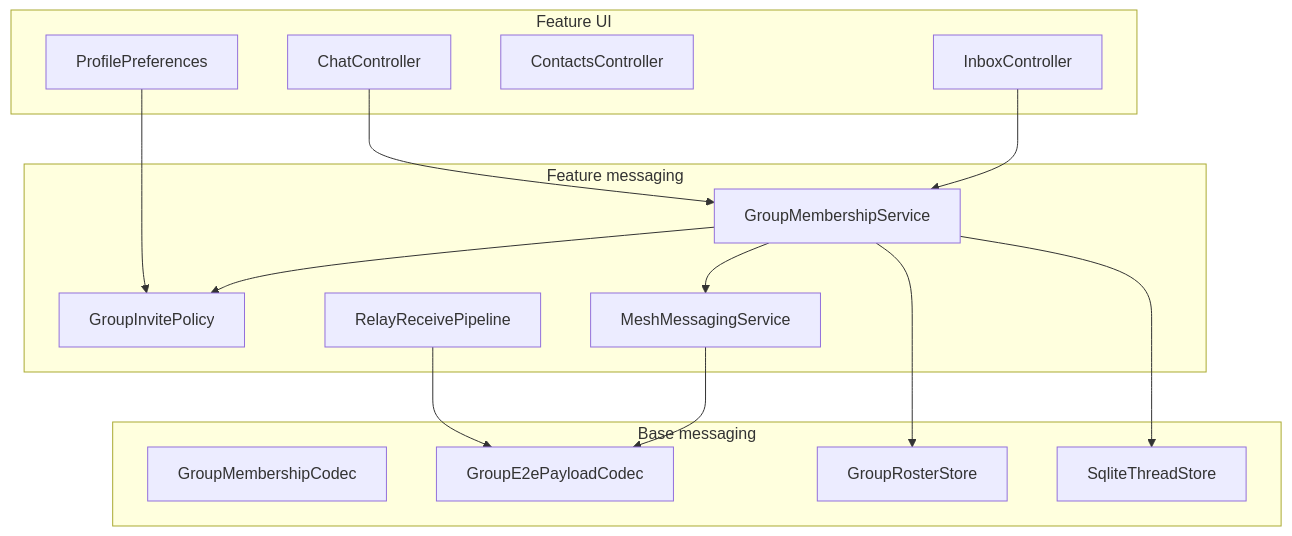
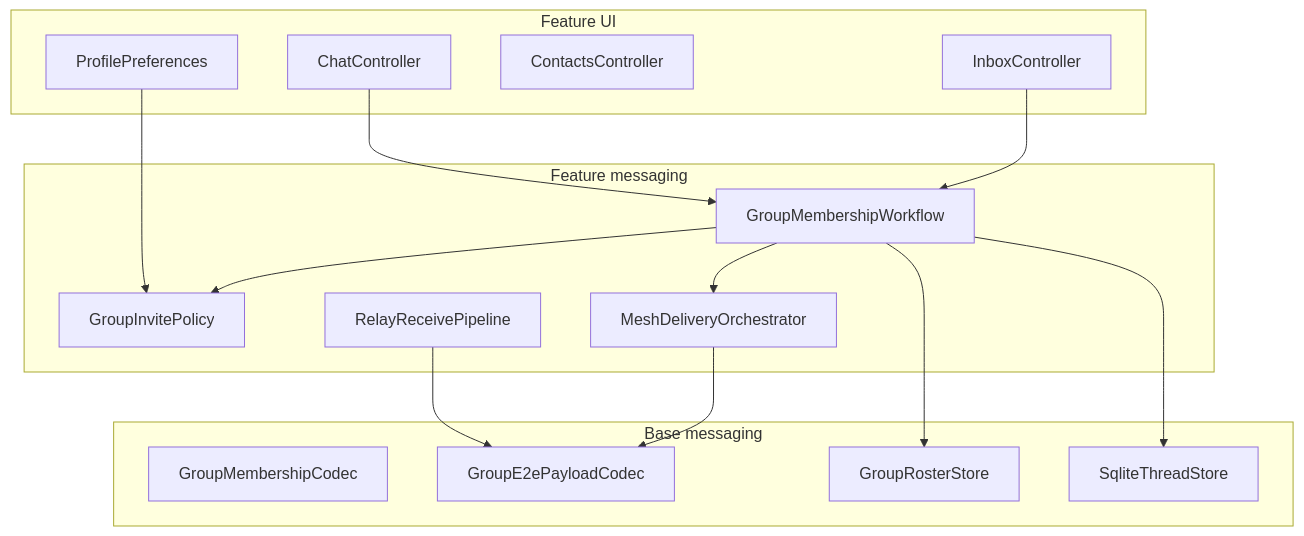
Before and after one commit to people-post/pp-browser: the diagram in projects/group-chat/DESIGN.md, drawn with Mermaid. The commit also changed 184 other files, not shown here.

````diff
--- a/projects/group-chat/DESIGN.md
+++ b/projects/group-chat/DESIGN.md
@@ -23,30 +23,30 @@
 ```mermaid
 flowchart TB
   subgraph ui [Feature UI]
     Inbox[InboxController]
     Chat[ChatController]
     Contacts[ContactsController]
     Settings[ProfilePreferences]
   end
   subgraph feature [Feature messaging]
-    GMS[GroupMembershipService]
+    GMS[GroupMembershipWorkflow]
     GIP[GroupInvitePolicy]
-    P2P[MeshMessagingService]
+    P2P[MeshDeliveryOrchestrator]
     Pipe[RelayReceivePipeline]
   end
   subgraph base [Base messaging]
     Codec[GroupMembershipCodec]
     GEC[GroupE2ePayloadCodec]
     Roster[GroupRosterStore]
     Store[SqliteThreadStore]
   end
   Inbox --> GMS
   Chat --> GMS
   GMS --> GIP
   GMS --> Roster
   GMS --> P2P
   P2P --> GEC
   Pipe --> GEC
   GMS --> Store
   Settings --> GIP
 ```
````
